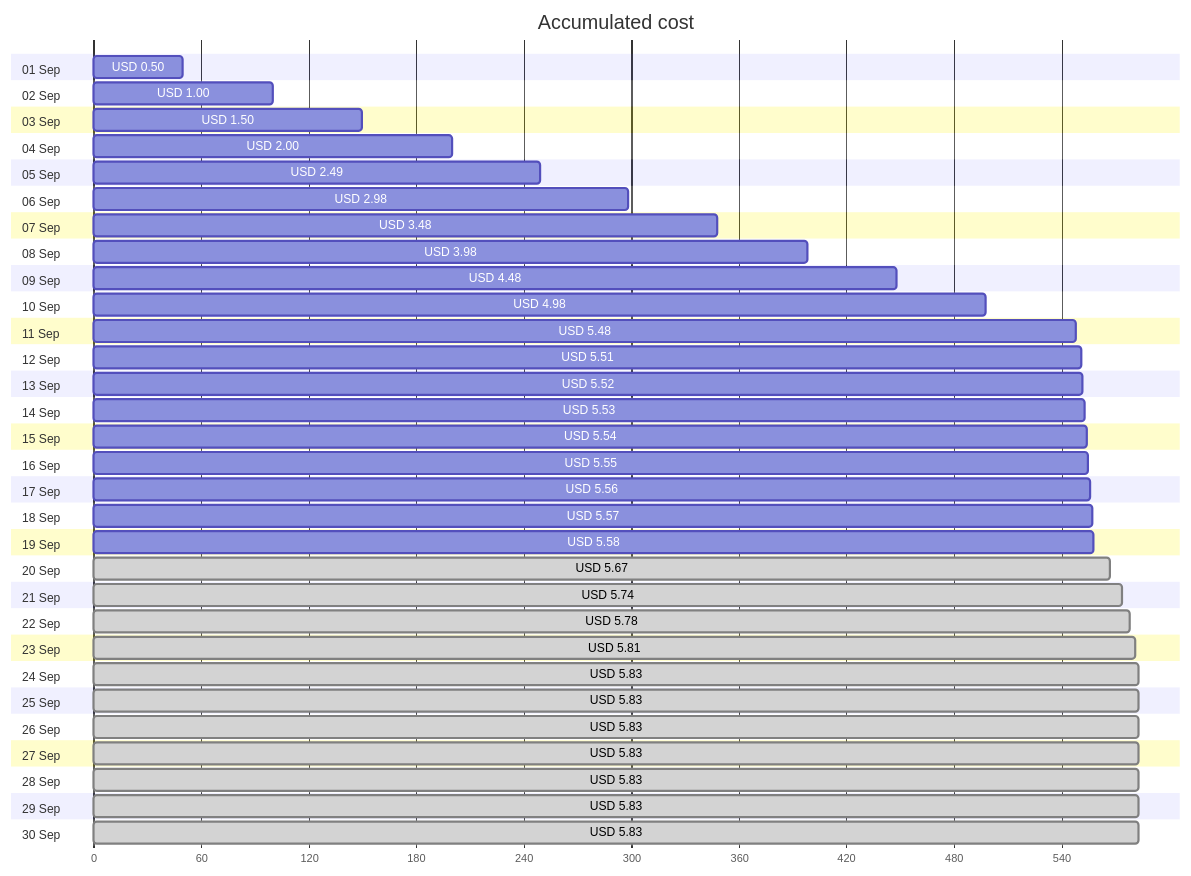
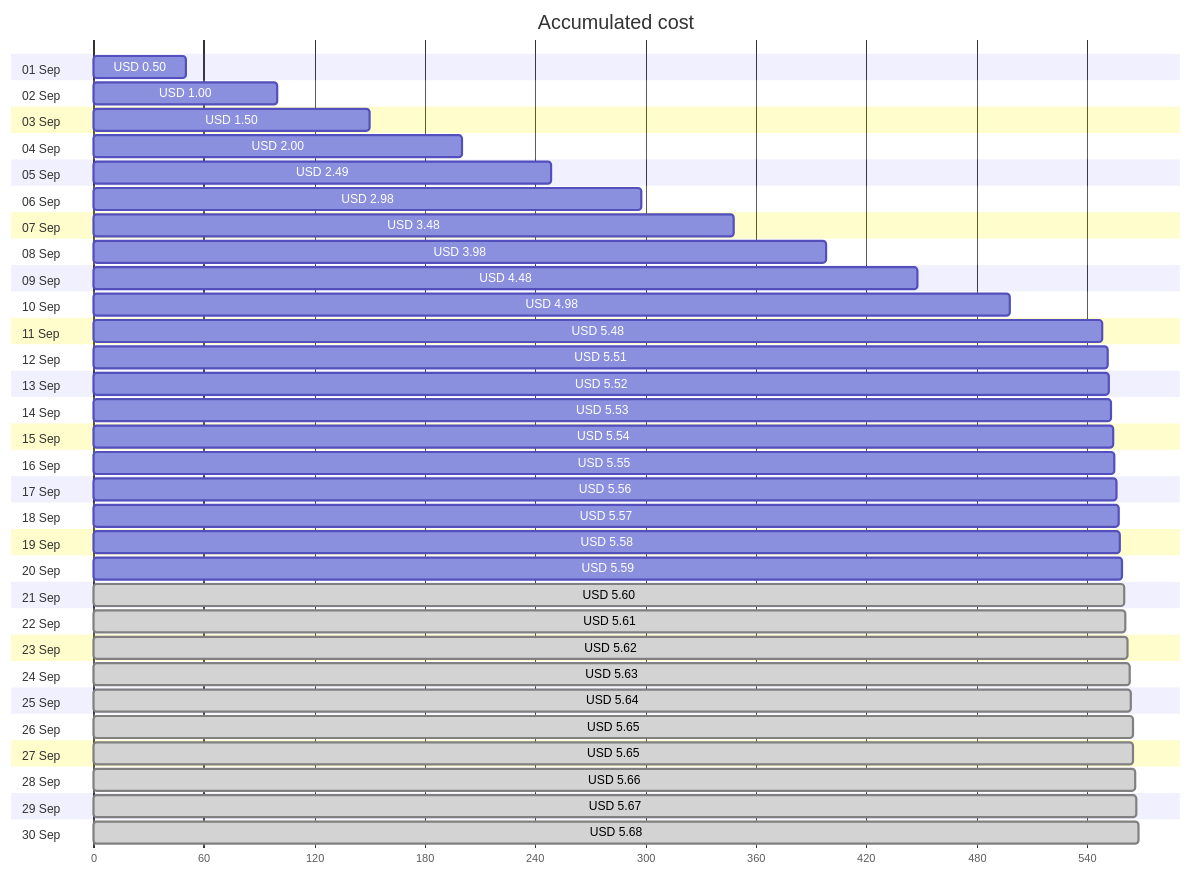
The first of 4 diagrams in cost-reports/cloud-shell-storage-eastus/README.md (jpfulton/azure-personal-reports), drawn with Mermaid before and after one commit. The commit also changed other lines of this file and 1 other file, not shown here.

Commit message:
Generated reports [skip ci]

````diff
--- a/cost-reports/cloud-shell-storage-eastus/README.md
+++ b/cost-reports/cloud-shell-storage-eastus/README.md
@@ -20,66 +20,66 @@
 ```mermaid
 gantt
    title Accumulated cost
    dateFormat  X
    axisFormat %s
    section 01 Sep
    USD 0.50 :0, 50
    section 02 Sep
    USD 1.00 :0, 100
    section 03 Sep
    USD 1.50 :0, 150
    section 04 Sep
    USD 2.00 :0, 200
    section 05 Sep
    USD 2.49 :0, 249
    section 06 Sep
    USD 2.98 :0, 298
    section 07 Sep
    USD 3.48 :0, 348
    section 08 Sep
    USD 3.98 :0, 398
    section 09 Sep
    USD 4.48 :0, 448
    section 10 Sep
    USD 4.98 :0, 498
    section 11 Sep
    USD 5.48 :0, 548
    section 12 Sep
    USD 5.51 :0, 551
    section 13 Sep
    USD 5.52 :0, 552
    section 14 Sep
    USD 5.53 :0, 553
    section 15 Sep
    USD 5.54 :0, 554
    section 16 Sep
    USD 5.55 :0, 555
    section 17 Sep
    USD 5.56 :0, 556
    section 18 Sep
    USD 5.57 :0, 557
    section 19 Sep
    USD 5.58 :0, 558
    section 20 Sep
+   USD 5.59 :0, 559
+   section 21 Sep
+   USD 5.60 : done, 0, 560
+   section 22 Sep
+   USD 5.61 : done, 0, 561
+   section 23 Sep
+   USD 5.62 : done, 0, 562
+   section 24 Sep
+   USD 5.63 : done, 0, 563
+   section 25 Sep
+   USD 5.64 : done, 0, 564
+   section 26 Sep
+   USD 5.65 : done, 0, 565
+   section 27 Sep
+   USD 5.65 : done, 0, 565
+   section 28 Sep
+   USD 5.66 : done, 0, 566
+   section 29 Sep
    USD 5.67 : done, 0, 567
-   section 21 Sep
-   USD 5.74 : done, 0, 574
-   section 22 Sep
-   USD 5.78 : done, 0, 578
-   section 23 Sep
-   USD 5.81 : done, 0, 581
-   section 24 Sep
-   USD 5.83 : done, 0, 583
-   section 25 Sep
-   USD 5.83 : done, 0, 583
-   section 26 Sep
-   USD 5.83 : done, 0, 583
-   section 27 Sep
-   USD 5.83 : done, 0, 583
-   section 28 Sep
-   USD 5.83 : done, 0, 583
-   section 29 Sep
-   USD 5.83 : done, 0, 583
    section 30 Sep
-   USD 5.83 : done, 0, 583
+   USD 5.68 : done, 0, 568
 ```
````
